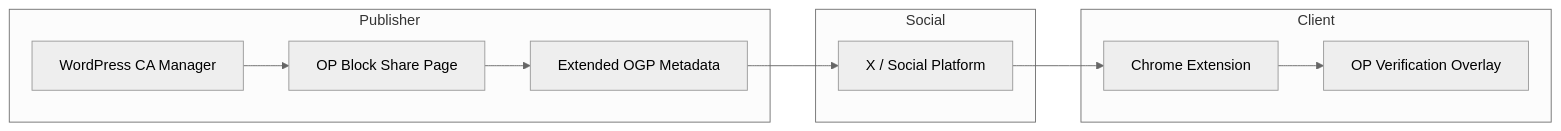
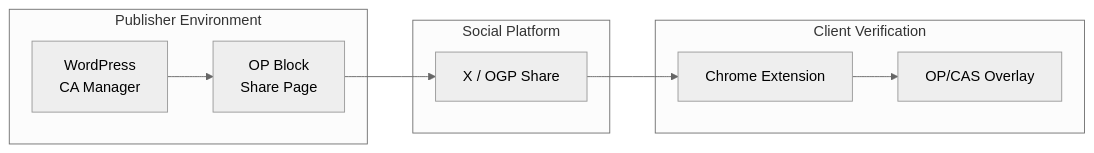
Before and after one commit to yoshid8s/opg-ca-extension: the third of 4 diagrams in README.md, drawn with Mermaid (neutral theme). The commit also changed other lines of this file, not shown here.

````diff
--- a/README.md
+++ b/README.md
@@ -248,24 +246,22 @@
 ```mermaid
 flowchart LR
 
-subgraph Publisher
-A[WordPress CA Manager]
-B[OP Block Share Page]
-C[Extended OGP Metadata]
+subgraph Publisher["Publisher Environment"]
+    A[WordPress<br/>CA Manager]
+    B[OP Block<br/>Share Page]
 end
 
-subgraph Social
-D[X / Social Platform]
+subgraph Social["Social Platform"]
+    C[X / OGP Share]
 end
 
-subgraph Client
-E[Chrome Extension]
-F[OP Verification Overlay]
+subgraph Client["Client Verification"]
+    D[Chrome Extension]
+    E[OP/CAS Overlay]
 end
 
 A --> B
 B --> C
 C --> D
 D --> E
-E --> F
 ```
````
